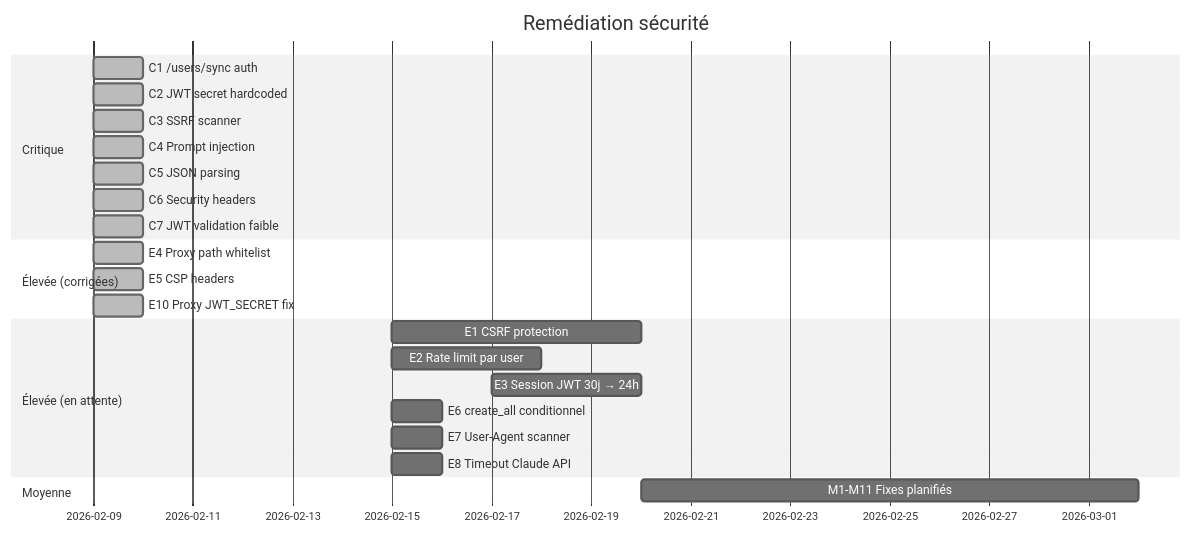
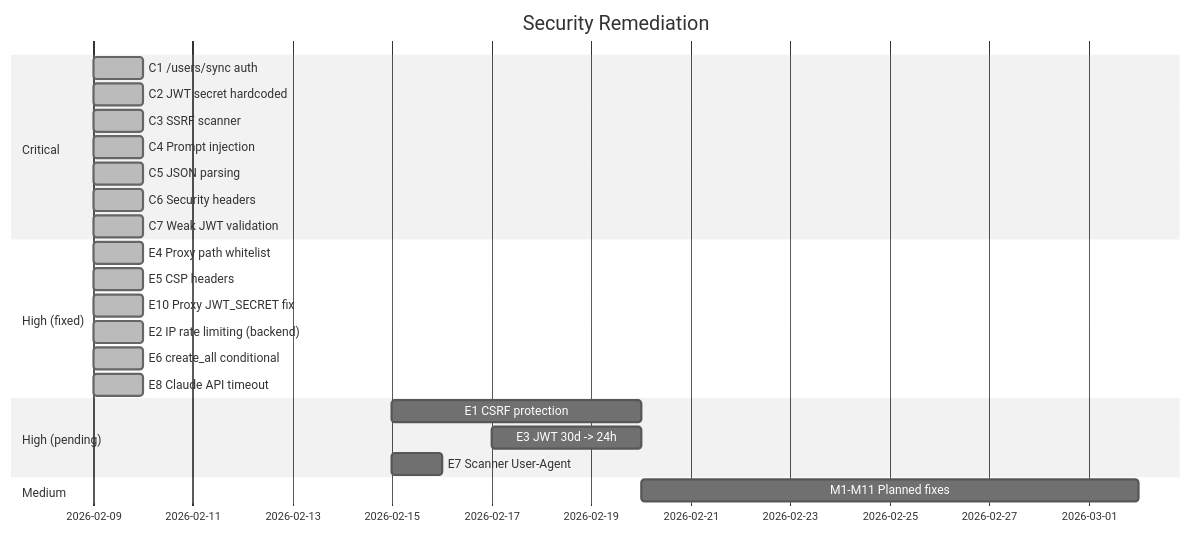
The diagram in docs/Security.md (nabz0r/deadinternet.report), drawn with Mermaid (neutral theme) before and after one commit. The commit also changed other lines of this file and 17 other files, not shown here.

First line of the commit message:
feat: add test suite, CI/CD, scan caching, rate limiting, and error handling

````diff
--- a/docs/Security.md
+++ b/docs/Security.md
@@ -26,26 +26,26 @@
 ```mermaid
 gantt
-    title Remédiation sécurité
+    title Security Remediation
     dateFormat YYYY-MM-DD
-    section Critique
+    section Critical
         C1 /users/sync auth           :done, c1, 2026-02-09, 1d
         C2 JWT secret hardcoded        :done, c2, 2026-02-09, 1d
         C3 SSRF scanner                :done, c3, 2026-02-09, 1d
         C4 Prompt injection             :done, c4, 2026-02-09, 1d
         C5 JSON parsing                 :done, c5, 2026-02-09, 1d
         C6 Security headers             :done, c6, 2026-02-09, 1d
-        C7 JWT validation faible        :done, c7, 2026-02-09, 1d
-    section Élevée (corrigées)
+        C7 Weak JWT validation          :done, c7, 2026-02-09, 1d
+    section High (fixed)
         E4 Proxy path whitelist         :done, e4, 2026-02-09, 1d
         E5 CSP headers                  :done, e5, 2026-02-09, 1d
         E10 Proxy JWT_SECRET fix        :done, e10, 2026-02-09, 1d
-    section Élevée (en attente)
+        E2 IP rate limiting (backend)   :done, e2b, 2026-02-09, 1d
+        E6 create_all conditional       :done, e6, 2026-02-09, 1d
+        E8 Claude API timeout           :done, e8, 2026-02-09, 1d
+    section High (pending)
         E1 CSRF protection              :e1, 2026-02-15, 5d
-        E2 Rate limit par user          :e2, 2026-02-15, 3d
-        E3 Session JWT 30j → 24h        :e3, 2026-02-17, 3d
-        E6 create_all conditionnel      :e6, 2026-02-15, 1d
-        E7 User-Agent scanner           :e7, 2026-02-15, 1d
-        E8 Timeout Claude API           :e8, 2026-02-15, 1d
-    section Moyenne
-        M1-M11 Fixes planifiés          :m, 2026-02-20, 10d
+        E3 JWT 30d -> 24h               :e3, 2026-02-17, 3d
+        E7 Scanner User-Agent           :e7, 2026-02-15, 1d
+    section Medium
+        M1-M11 Planned fixes            :m, 2026-02-20, 10d
 ```
````
